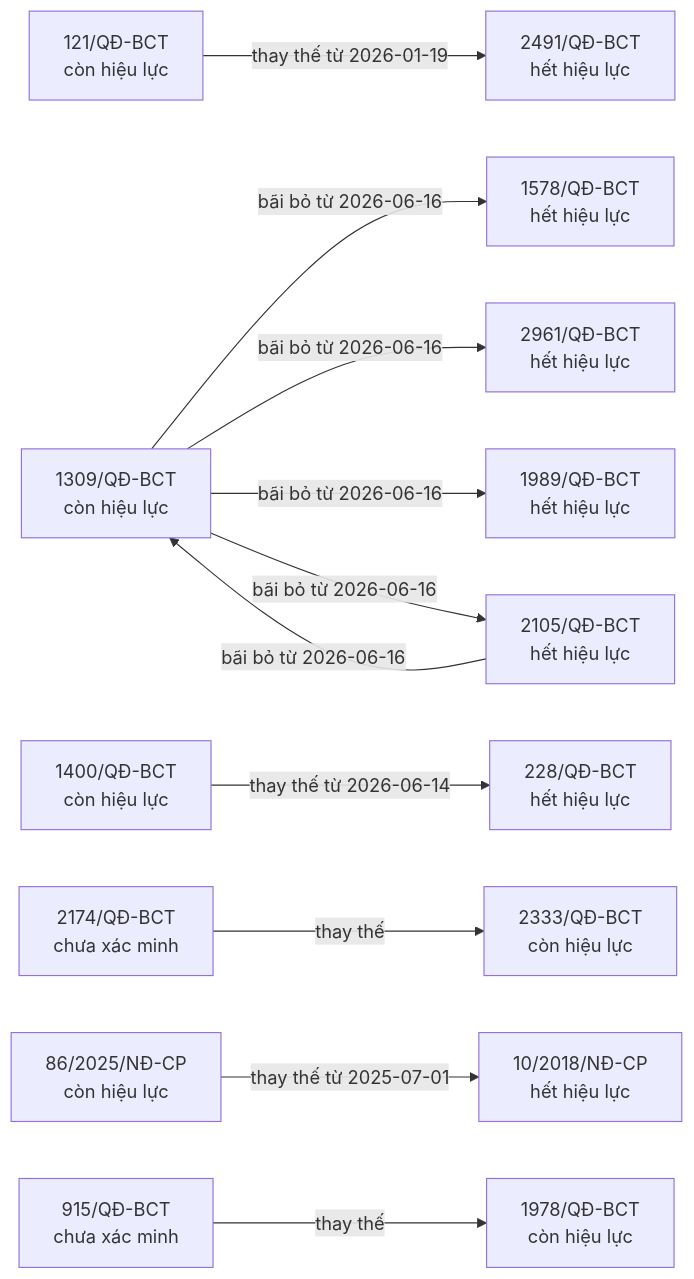
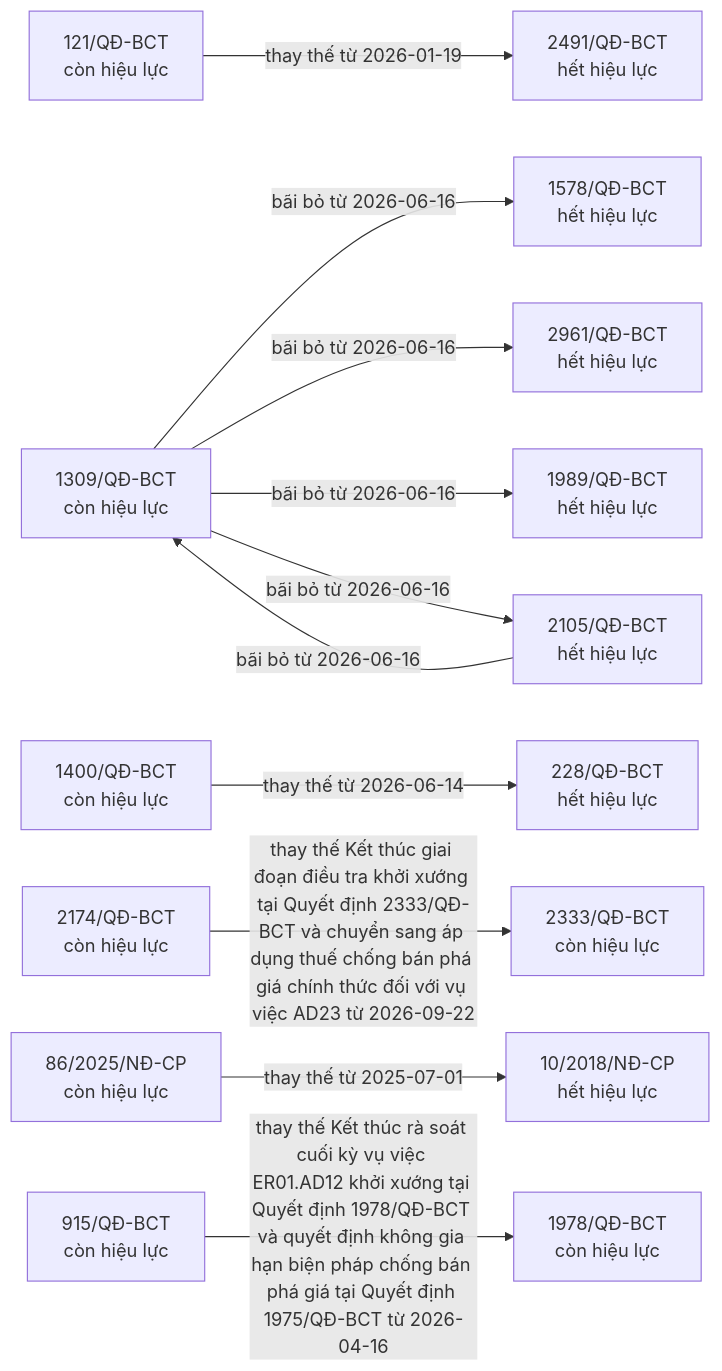
Before and after one commit to ozvietnam/oz-wiki-plhq: the fifth of 9 diagrams in bao-cao/quan-he.md, drawn with Mermaid. The commit also changed other lines of this file and 5 other files, not shown here.

````diff
--- a/bao-cao/quan-he.md
+++ b/bao-cao/quan-he.md
@@ -442,28 +446,28 @@
 ```mermaid
 flowchart LR
   n_121_Q__BCT["121/QĐ-BCT<br/>còn hiệu lực"]
   n_2491_Q__BCT["2491/QĐ-BCT<br/>hết hiệu lực"]
   n_1309_Q__BCT["1309/QĐ-BCT<br/>còn hiệu lực"]
   n_1578_Q__BCT["1578/QĐ-BCT<br/>hết hiệu lực"]
   n_2961_Q__BCT["2961/QĐ-BCT<br/>hết hiệu lực"]
   n_1989_Q__BCT["1989/QĐ-BCT<br/>hết hiệu lực"]
   n_2105_Q__BCT["2105/QĐ-BCT<br/>hết hiệu lực"]
   n_1400_Q__BCT["1400/QĐ-BCT<br/>còn hiệu lực"]
   n_228_Q__BCT["228/QĐ-BCT<br/>hết hiệu lực"]
-  n_2174_Q__BCT["2174/QĐ-BCT<br/>chưa xác minh"]
+  n_2174_Q__BCT["2174/QĐ-BCT<br/>còn hiệu lực"]
   n_2333_Q__BCT["2333/QĐ-BCT<br/>còn hiệu lực"]
   n_86_2025_N__CP["86/2025/NĐ-CP<br/>còn hiệu lực"]
   n_10_2018_N__CP["10/2018/NĐ-CP<br/>hết hiệu lực"]
-  n_915_Q__BCT["915/QĐ-BCT<br/>chưa xác minh"]
+  n_915_Q__BCT["915/QĐ-BCT<br/>còn hiệu lực"]
   n_1978_Q__BCT["1978/QĐ-BCT<br/>còn hiệu lực"]
   n_121_Q__BCT -->|thay thế từ 2026-01-19| n_2491_Q__BCT
   n_1309_Q__BCT -->|bãi bỏ từ 2026-06-16| n_1578_Q__BCT
   n_1309_Q__BCT -->|bãi bỏ từ 2026-06-16| n_2961_Q__BCT
   n_1309_Q__BCT -->|bãi bỏ từ 2026-06-16| n_1989_Q__BCT
   n_1309_Q__BCT -->|bãi bỏ từ 2026-06-16| n_2105_Q__BCT
   n_1400_Q__BCT -->|thay thế từ 2026-06-14| n_228_Q__BCT
   n_2105_Q__BCT -->|bãi bỏ từ 2026-06-16| n_1309_Q__BCT
-  n_2174_Q__BCT -->|thay thế| n_2333_Q__BCT
+  n_2174_Q__BCT -->|thay thế Kết thúc giai đoạn điều tra khởi xướng tại Quyết định 2333/QĐ-BCT và chuyển sang áp dụng thuế chống bán phá giá chính thức đối với vụ việc AD23 từ 2026-09-22| n_2333_Q__BCT
   n_86_2025_N__CP -->|thay thế từ 2025-07-01| n_10_2018_N__CP
-  n_915_Q__BCT -->|thay thế| n_1978_Q__BCT
+  n_915_Q__BCT -->|thay thế Kết thúc rà soát cuối kỳ vụ việc ER01.AD12 khởi xướng tại Quyết định 1978/QĐ-BCT và quyết định không gia hạn biện pháp chống bán phá giá tại Quyết định 1975/QĐ-BCT từ 2026-04-16| n_1978_Q__BCT
 ```
````
